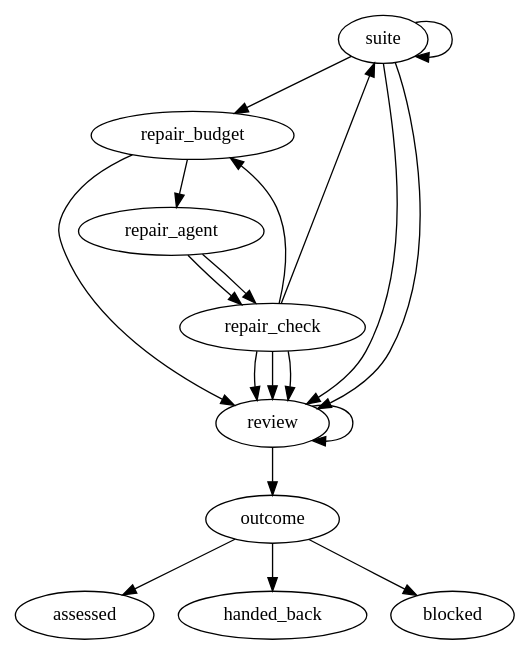
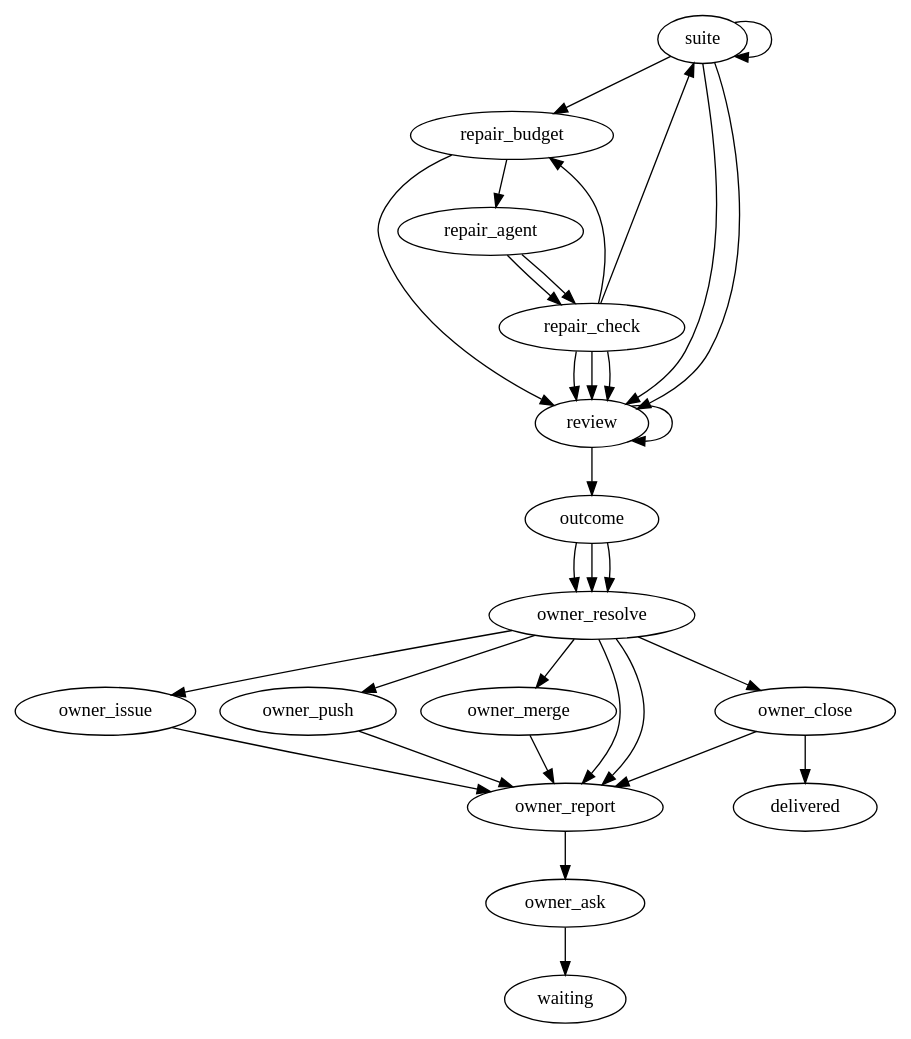
The diagram in internal/teamsource/validate/validate.dot (marioatcloudvane/litefactory), drawn with Graphviz before and after one commit. The commit also changed 24 other files, not shown here.

```diff
--- a/internal/teamsource/validate/validate.dot
+++ b/internal/teamsource/validate/validate.dot
@@ -1,77 +1,112 @@
 // Validate checks the code a story branch holds. The factory first runs the full
 // suite on one exact commit. A passed suite goes straight to review. A failed
 // suite gets at most two repair rounds from one write-access agent; the factory
 // measures what the agent really changed, keeps a small change as a new commit
 // and runs the suite on it again, and rejects a change over the limits. Three
 // read-only reviewers then assess the final tested commit side by side. The run
 // ends in one of three ends: assessed, handed back to Implement, or blocked.
 //
 // This file is the only place the flow lives. Order, branches, the repair bound,
 // the time budget, the measured limits and the reviewers are all declared here.
 // Go supplies steps; it never picks the next step.
+//
+// After the outcome the owner side begins. The run resolves the owner's reply,
+// refreshes the one report comment and waits for the owner through the existing
+// graph wait; the owner's reply re-enters the resolve step. Every remote effect
+// (follow-up issue, push with pull request, merge, close) is its own step and is
+// reached only from the owner's own command, so one confirmation never implies
+// the next. The run succeeds only after the close step has closed the accepted
+// issues, and the resolve loop is bounded by its lf_limit.
 //
 // The repair bound is two rounds. Every round is counted from the moment it
 // starts, so a round that times out or is interrupted is used. The time budget
 // is in agent minutes and does not include the time the suite runs. The limits
 // of one repair are the number of files and the kinds of change that are not
 // allowed: package layout, dependencies, schema, public API, a deleted or
 // skipped test and a changed acceptance criterion.
 //
 // Every path to an end passes through review, so a failed or blocked suite still
 // gets static findings. The outcome step decides the end from the recorded
 // facts: a passed suite ends assessed, a suite that still fails ends handed back
 // with what Implement must change, and a suite that could not give a trustworthy
 // answer ends blocked with its reason. Nothing here accepts or approves.
 digraph validate {
  graph [team="builtin", mode="validate", profile_version="1", start="suite"];
 
  // ---- Test the commit ---------------------------------------------------------
  // A finished result for the commit is reused as it is. The suite runs again
  // only on a new commit made by a kept repair.
  suite [lf_action="lf_validate_suite", lf_outcomes="passed,failed,blocked,retry", lf_limit="16"];
 
  // ---- Repair loop (at most two rounds) ---------------------------------------
  repair_budget [lf_action="lf_validate_repair_budget", lf_outcomes="run,spent", lf_rounds="2", lf_suite="suite", lf_limit="6"];
  repair_agent  [lf_action="lf_agent", lf_outcomes="success,failed", lf_agent_markdown="validate-repair", lf_skills="validate-repair-report", lf_access="write", lf_budget="15", lf_limit="2"];
  repair_check  [lf_action="lf_validate_repair_check", lf_outcomes="kept,too_big,handback,unfinished,blocked", lf_max_files="3", lf_forbid="package,dependency,schema,api,tests,criteria", lf_source="repair_agent", lf_suite="suite", lf_limit="4"];
 
  // ---- Review the final tested commit (read-only, side by side) ----------------
  review [lf_action="lf_validate_review", lf_outcomes="done,retry", lf_roles="validate-acceptance,validate-code,validate-architecture", lf_skills="validate-review", lf_suite="suite", lf_limit="32"];
 
  // ---- Join the findings and record the end -------------------------------------
  outcome [lf_action="lf_validate_outcome", lf_outcomes="assessed,handed_back,blocked", lf_suite="suite", lf_limit="2"];
 
+ // ---- Owner resolution ----------------------------------------------------------
+ // The loop limit is lf_limit on resolve. When it runs out the run stops and
+ // nothing is approved, because every effect needs a command inside the loop.
+ owner_resolve [lf_action="lf_validate_resolve", lf_outcomes="wait,create_issue,push,merge,close,stale", lf_suite="suite", lf_limit="24"];
+ owner_report  [lf_action="lf_validate_report", lf_outcomes="done", lf_limit="64"];
+ owner_ask     [lf_action="lf_validate_ask", lf_outcomes="published", lf_source="owner_resolve", lf_limit="32"];
+ owner_issue   [lf_action="lf_validate_issue", lf_outcomes="done", lf_limit="24"];
+ owner_push    [lf_action="lf_validate_push", lf_outcomes="done", lf_limit="8"];
+ owner_merge   [lf_action="lf_validate_merge", lf_outcomes="done", lf_limit="8"];
+ owner_close   [lf_action="lf_validate_close", lf_outcomes="closed,open", lf_limit="8"];
+
  // ---- Ends ------------------------------------------------------------------------
- assessed    [lf_terminal="true"];
- handed_back [lf_terminal="true"];
- blocked     [lf_terminal="true"];
+ // waiting rests on the owner; delivered is reached only from a closed close.
+ waiting   [lf_terminal="true"];
+ delivered [lf_terminal="true"];
 
  // A passed suite needs no repair; a blocked one is not a code failure, so it is
  // not repaired either. A failed suite starts a repair round.
  suite -> review        [lf_on="passed"];
  suite -> repair_budget [lf_on="failed"];
  suite -> review        [lf_on="blocked"];
  suite -> suite         [lf_on="retry"];
 
  // One round: start it (this settles any round a restart left behind), run the
  // agent, measure the real change. A kept change is a new commit and is tested
  // again. A change that is too big, a diagnosis that is a handback and a round
  // that cannot be measured go to review. A round that did not finish, such as a
  // timeout, is used up; the budget decides whether another round may start.
  repair_budget -> repair_agent  [lf_on="run"];
  repair_budget -> review        [lf_on="spent"];
  repair_agent  -> repair_check  [lf_on="success"];
  repair_agent  -> repair_check  [lf_on="failed"];
  repair_check  -> suite         [lf_on="kept"];
  repair_check  -> review        [lf_on="too_big"];
  repair_check  -> review        [lf_on="handback"];
  repair_check  -> repair_budget [lf_on="unfinished"];
  repair_check  -> review        [lf_on="blocked"];
 
  review  -> outcome [lf_on="done"];
  review  -> review  [lf_on="retry"];
 
- outcome -> assessed    [lf_on="assessed"];
- outcome -> handed_back [lf_on="handed_back"];
- outcome -> blocked     [lf_on="blocked"];
+ // Every end goes to the owner: an assessed run asks what to do with the
+ // findings, a handed back or blocked one shows why and what is open.
+ outcome -> owner_resolve [lf_on="assessed"];
+ outcome -> owner_resolve [lf_on="handed_back"];
+ outcome -> owner_resolve [lf_on="blocked"];
+
+ owner_resolve -> owner_report       [lf_on="wait"];
+ owner_resolve -> owner_report       [lf_on="stale"];
+ owner_resolve -> owner_issue        [lf_on="create_issue"];
+ owner_resolve -> owner_push         [lf_on="push"];
+ owner_resolve -> owner_merge        [lf_on="merge"];
+ owner_resolve -> owner_close        [lf_on="close"];
+ owner_issue -> owner_report       [lf_on="done"];
+ owner_push -> owner_report       [lf_on="done"];
+ owner_merge -> owner_report       [lf_on="done"];
+ owner_close -> delivered    [lf_on="closed"];
+ owner_close -> owner_report       [lf_on="open"];
+ owner_report -> owner_ask          [lf_on="done"];
+ owner_ask -> waiting      [lf_on="published"];
 }
```
